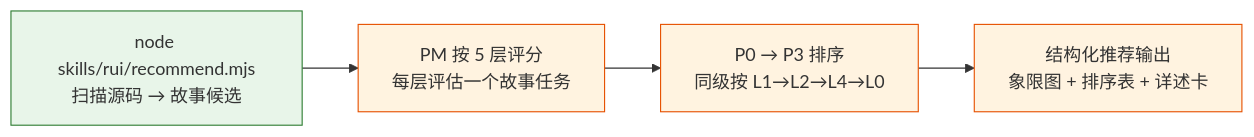
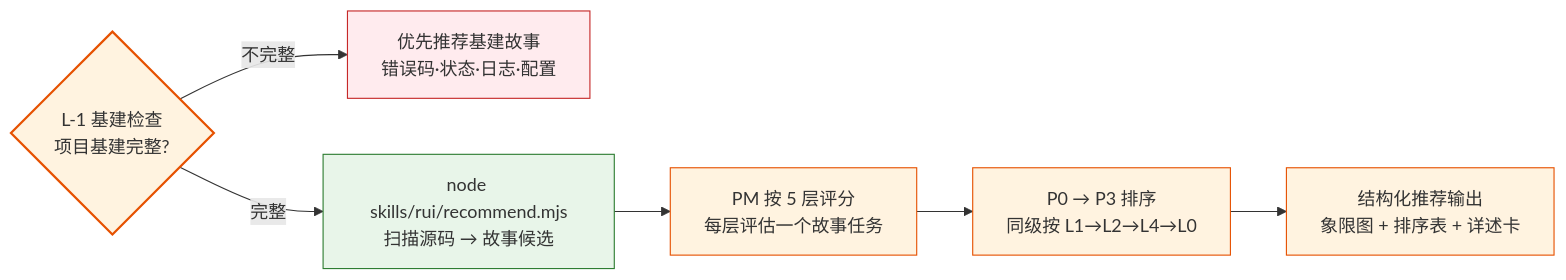
Before and after one commit to effiy/YrY: the first of 9 diagrams in skills/rui/ranking.md, drawn with Mermaid. The commit also changed other lines of this file and 3 other files, not shown here.

````diff
--- a/skills/rui/ranking.md
+++ b/skills/rui/ranking.md
@@ -12,9 +12,13 @@
 ```mermaid
 flowchart LR
-    SCAN["node skills/rui/recommend.mjs<br/>扫描源码 → 故事候选"]:::tool --> EVAL["PM 按 5 层评分<br/>每层评估一个故事任务"]:::llm
+    INFRA{"L-1 基建检查<br/>项目基建完整?"}:::gate -->|"不完整"| INFRA_REC["优先推荐基建故事<br/>错误码·状态·日志·配置"]:::infra
+    INFRA -->|"完整"| SCAN["node skills/rui/recommend.mjs<br/>扫描源码 → 故事候选"]:::tool
+    SCAN --> EVAL["PM 按 5 层评分<br/>每层评估一个故事任务"]:::llm
     EVAL --> SORT["P0 → P3 排序<br/>同级按 L1→L2→L4→L0"]:::llm
     SORT --> PRESENT["结构化推荐输出<br/>象限图 + 排序表 + 详述卡"]:::llm
 
     classDef tool fill:#e8f5e9,stroke:#2e7d32;
     classDef llm fill:#fff3e0,stroke:#e65100;
+    classDef gate fill:#fff3e0,stroke:#e65100,stroke-width:2px;
+    classDef infra fill:#ffebee,stroke:#c62828;
 ```
````
